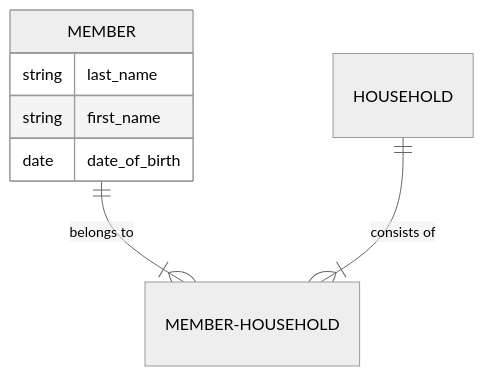
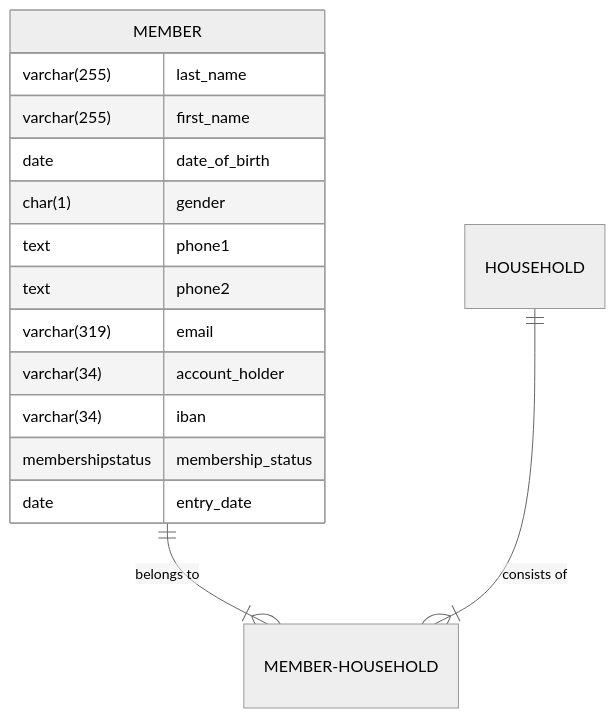
The diagram in database-schema/sportyweb-schema.md (Lehrstuhl-BWL-EvIS/sportyweb), drawn with Mermaid (neutral theme) before and after one commit.

`````diff
--- a/database-schema/sportyweb-schema.md
+++ b/database-schema/sportyweb-schema.md
@@ -23,10 +23,18 @@
 ```mermaid
 erDiagram
           MEMBER ||--|{ MEMBER-HOUSEHOLD : "belongs to"
           HOUSEHOLD ||--|{ MEMBER-HOUSEHOLD : "consists of"
           MEMBER {
-            string last_name
-            string first_name
+            varchar(255) last_name
+            varchar(255) first_name
             date date_of_birth
+            char(1) gender
+            text phone1
+            text phone2
+            varchar(319) email
+            varchar(34) account_holder
+            varchar(34) iban
+            membershipstatus membership_status
+            date entry_date 
           }
 ````
`````
